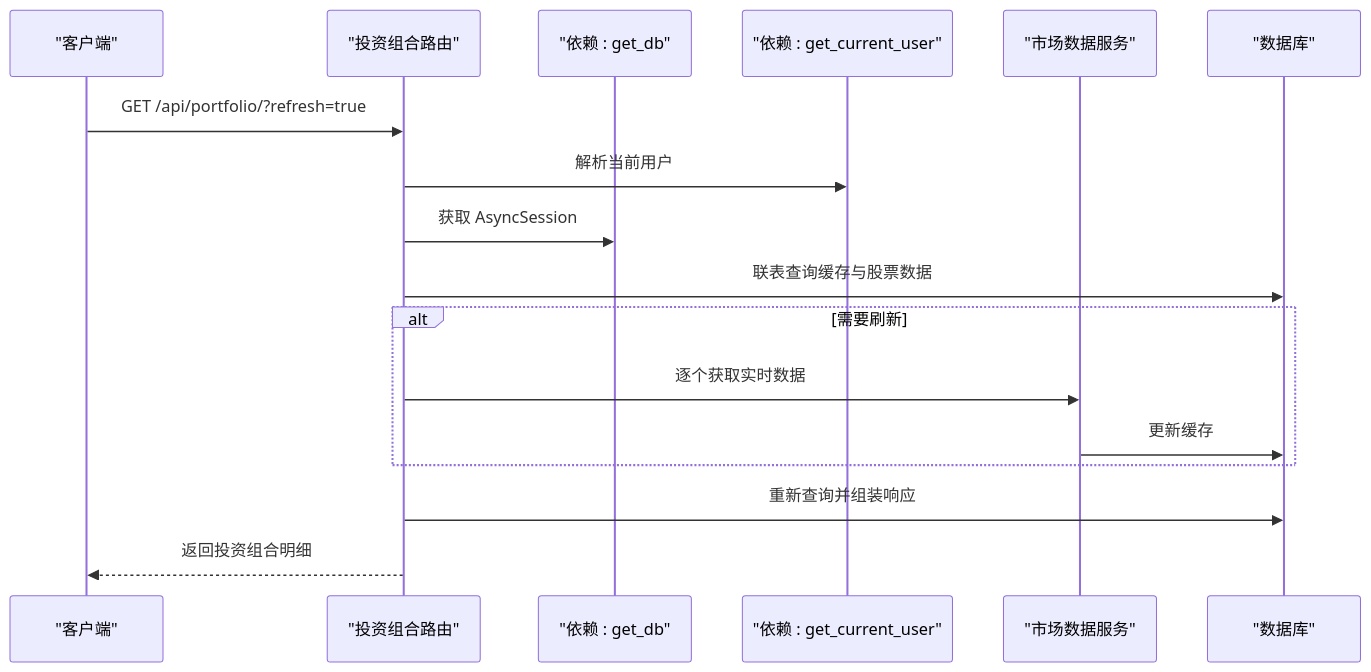
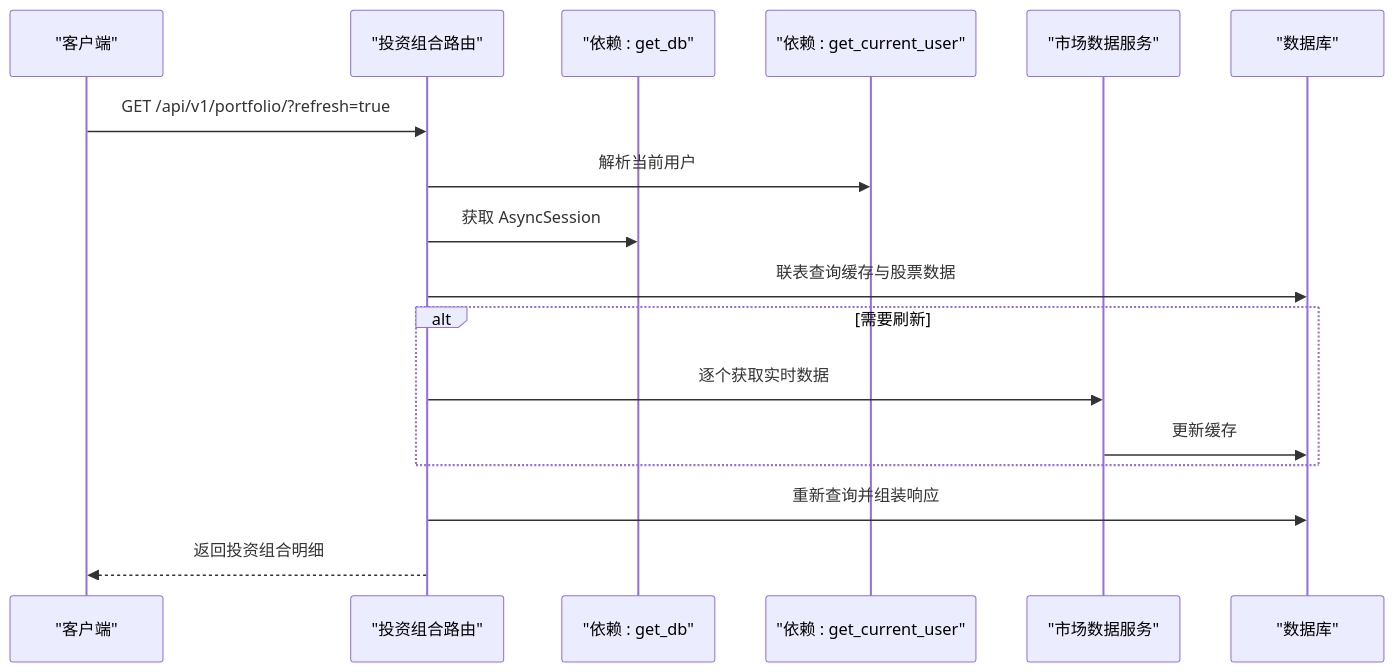
Before and after one commit to breeze-lyf/ai-stock-advisor: the sixth of 10 diagrams in .qoder/repowiki/zh/content/系统架构/后端架构.md, drawn with Mermaid. The commit also changed other lines of this file and 52 other files, not shown here.

````diff
--- a/.qoder/repowiki/zh/content/系统架构/后端架构.md
+++ b/.qoder/repowiki/zh/content/系统架构/后端架构.md
@@ -274,19 +351,19 @@
 ```mermaid
 sequenceDiagram
 participant C as "客户端"
 participant P as "投资组合路由"
 participant D as "依赖 : get_db"
 participant U as "依赖 : get_current_user"
 participant M as "市场数据服务"
 participant DB as "数据库"
-C->>P : GET /api/portfolio/?refresh=true
+C->>P : GET /api/v1/portfolio/?refresh=true
 P->>U : 解析当前用户
 P->>D : 获取 AsyncSession
 P->>DB : 联表查询缓存与股票数据
 alt 需要刷新
 P->>M : 逐个获取实时数据
 M->>DB : 更新缓存
 end
 P->>DB : 重新查询并组装响应
 P-->>C : 返回投资组合明细
 ```
````
